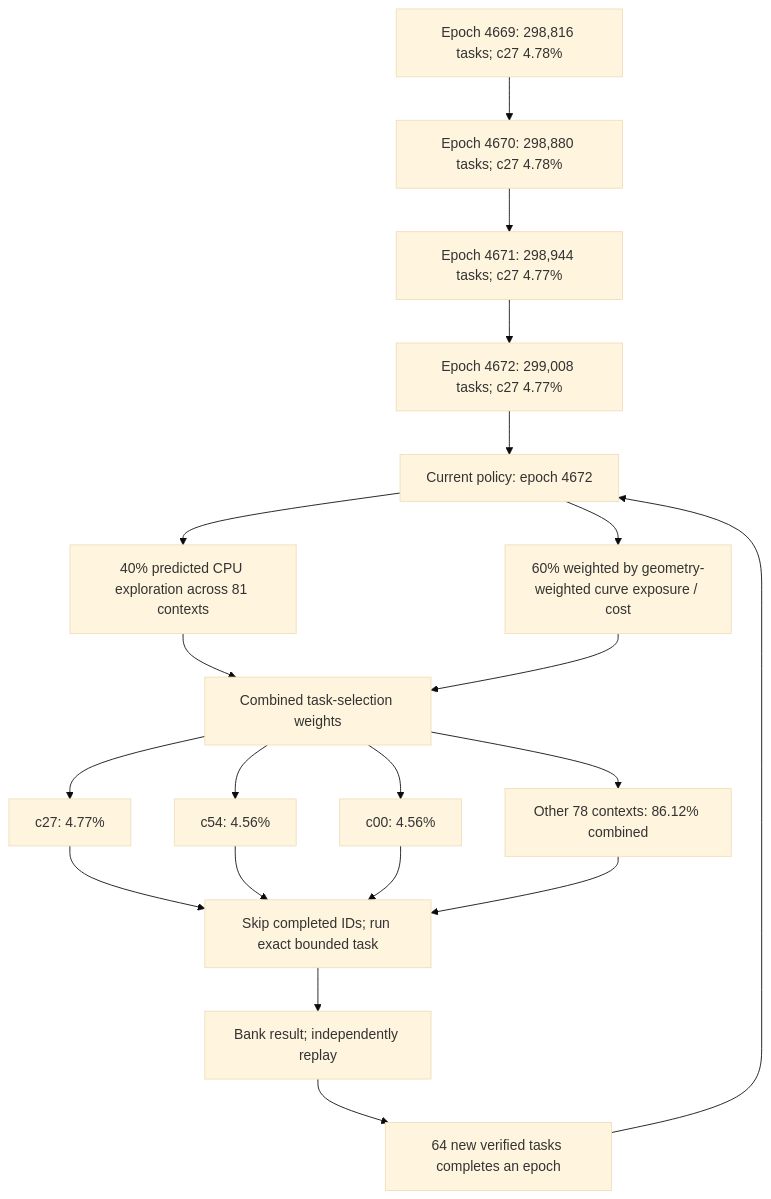
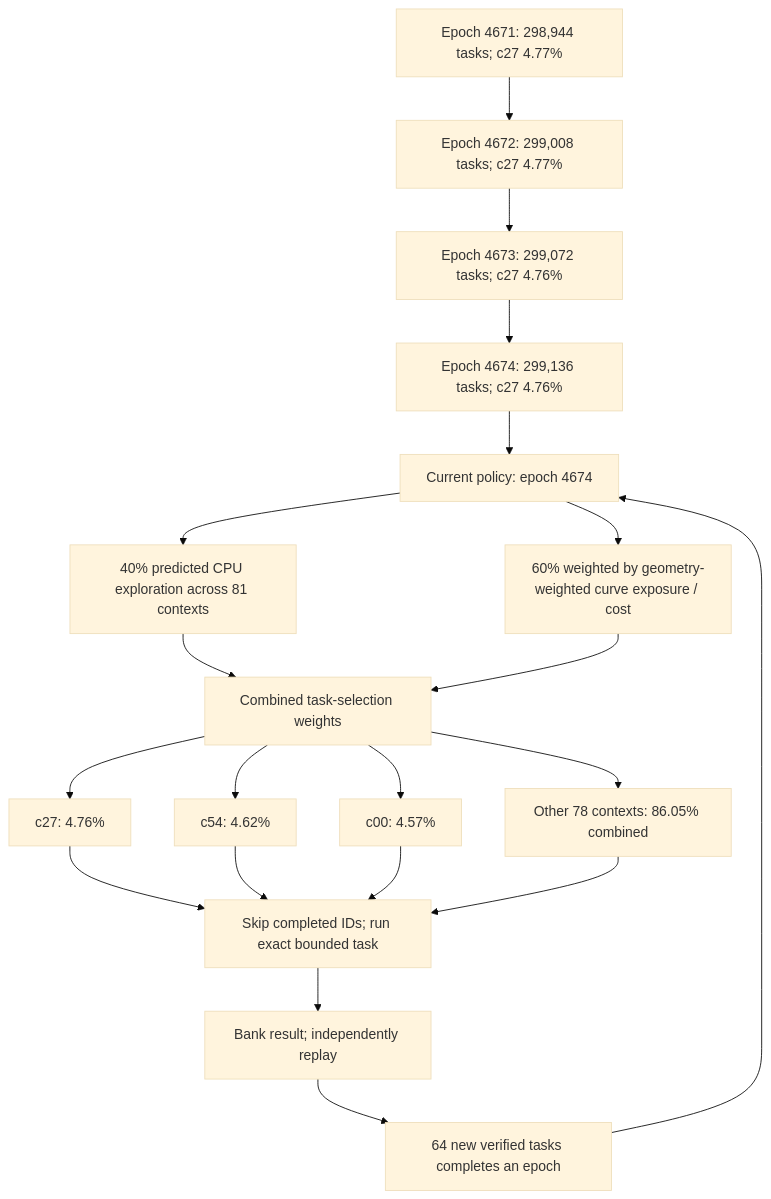
Before and after one commit to Kuberwastaken/math-gambling: the first of 3 diagrams in README.md, drawn with Mermaid (base theme). The commit also changed other lines of this file and 2925 other files, not shown here.

````diff
--- a/README.md
+++ b/README.md
@@ -60,27 +60,27 @@
 ```mermaid
 flowchart TD
-    H0["Epoch 4669: 298,816 tasks; c27 4.78%"]
-    H1["Epoch 4670: 298,880 tasks; c27 4.78%"]
+    H0["Epoch 4671: 298,944 tasks; c27 4.77%"]
+    H1["Epoch 4672: 299,008 tasks; c27 4.77%"]
     H0 --> H1
-    H2["Epoch 4671: 298,944 tasks; c27 4.77%"]
+    H2["Epoch 4673: 299,072 tasks; c27 4.76%"]
     H1 --> H2
-    H3["Epoch 4672: 299,008 tasks; c27 4.77%"]
+    H3["Epoch 4674: 299,136 tasks; c27 4.76%"]
     H2 --> H3
-    Policy["Current policy: epoch 4672"]
+    Policy["Current policy: epoch 4674"]
     H3 --> Policy
     Policy --> Explore["40% predicted CPU exploration across 81 contexts"]
     Policy --> Cost["60% weighted by geometry-weighted curve exposure / cost"]
     Explore --> Mix["Combined task-selection weights"]
     Cost --> Mix
-    Mix --> C0["c27: 4.77%"]
-    Mix --> C1["c54: 4.56%"]
-    Mix --> C2["c00: 4.56%"]
-    Mix --> Rest["Other 78 contexts: 86.12% combined"]
+    Mix --> C0["c27: 4.76%"]
+    Mix --> C1["c54: 4.62%"]
+    Mix --> C2["c00: 4.57%"]
+    Mix --> Rest["Other 78 contexts: 86.05% combined"]
     C0 --> Check["Skip completed IDs; run exact bounded task"]
     C1 --> Check
     C2 --> Check
     Rest --> Check
     Check --> Replay["Bank result; independently replay"]
     Replay --> Gate["64 new verified tasks completes an epoch"]
     Gate --> Policy
 ```
````
